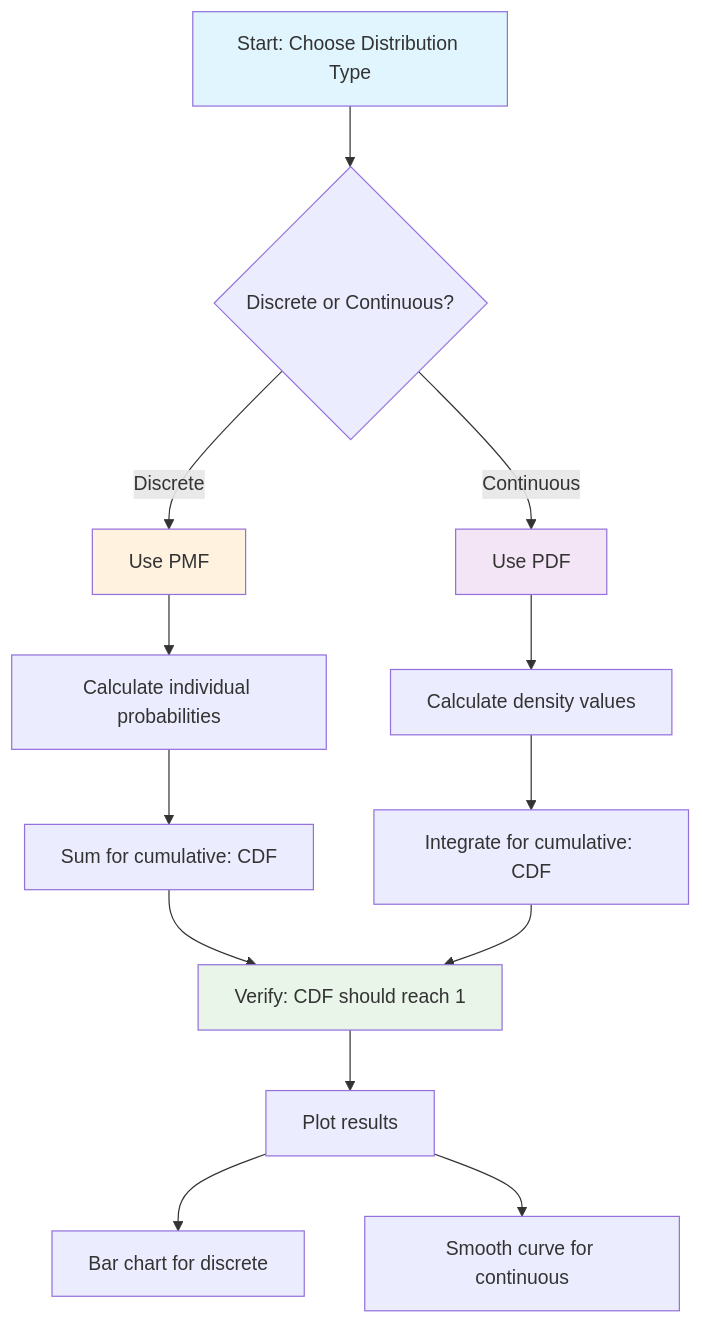
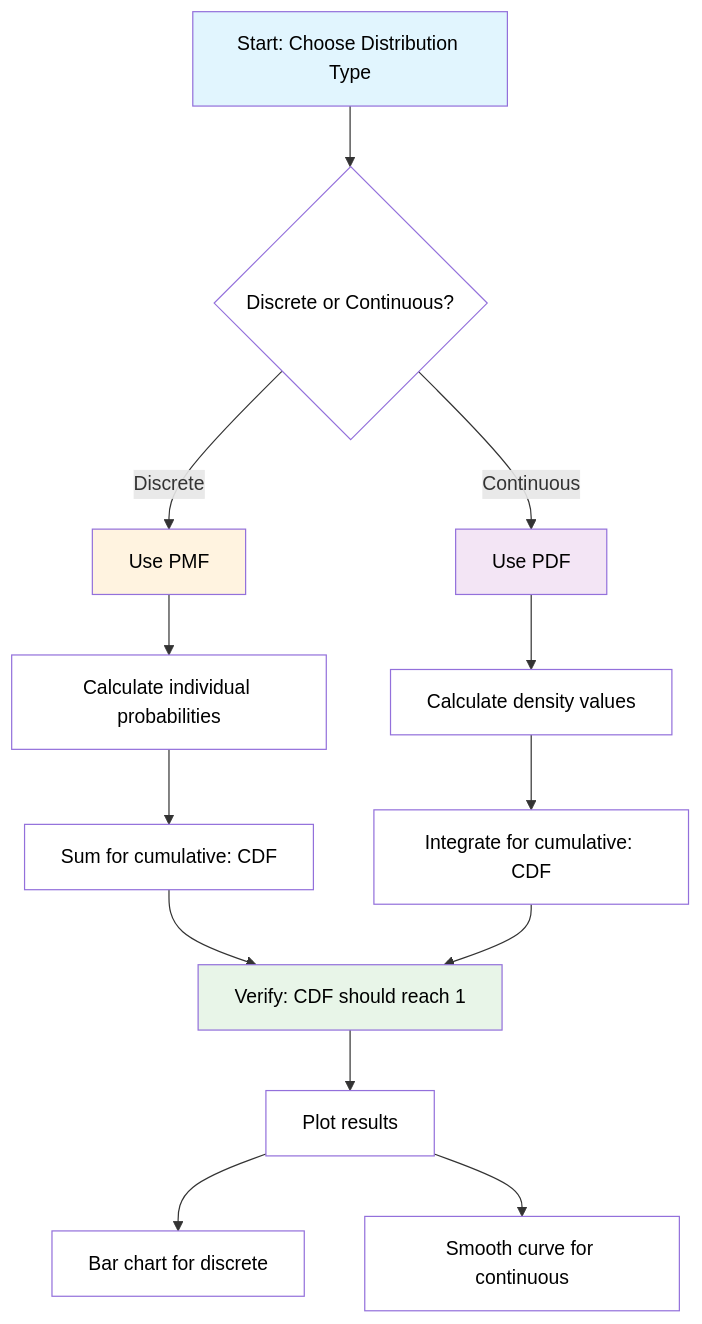
One commit to siddharthkumarrai/Statics changed the eighth of 10 diagrams in Advanced_statistics.md. Above: the diagram before and after it, drawn with Mermaid. The commit also changed other lines of this file, not shown here.

````diff
--- a/Advanced_statistics.md
+++ b/Advanced_statistics.md
@@ -193,25 +226,33 @@
 ```mermaid
 flowchart TD
     A[Start: Choose Distribution Type] --> B{Discrete or Continuous?}
     
     B -->|Discrete| C[Use PMF]
     B -->|Continuous| D[Use PDF]
     
     C --> E[Calculate individual probabilities]
     D --> F[Calculate density values]
     
     E --> G[Sum for cumulative: CDF]
     F --> H[Integrate for cumulative: CDF]
     
     G --> I[Verify: CDF should reach 1]
     H --> I
     
     I --> J[Plot results]
     J --> K[Bar chart for discrete]
     J --> L[Smooth curve for continuous]
     
-    style A fill:#e1f5fe
-    style C fill:#fff3e0
-    style D fill:#f3e5f5
-    style I fill:#e8f5e8
+    style A fill:#e1f5fe,color:#000
+    style B fill:#fff,color:#000
+    style C fill:#fff3e0,color:#000
+    style D fill:#f3e5f5,color:#000
+    style E fill:#fff,color:#000
+    style F fill:#fff,color:#000
+    style G fill:#fff,color:#000
+    style H fill:#fff,color:#000
+    style I fill:#e8f5e8,color:#000
+    style J fill:#fff,color:#000
+    style K fill:#fff,color:#000
+    style L fill:#fff,color:#000
 ```
````
